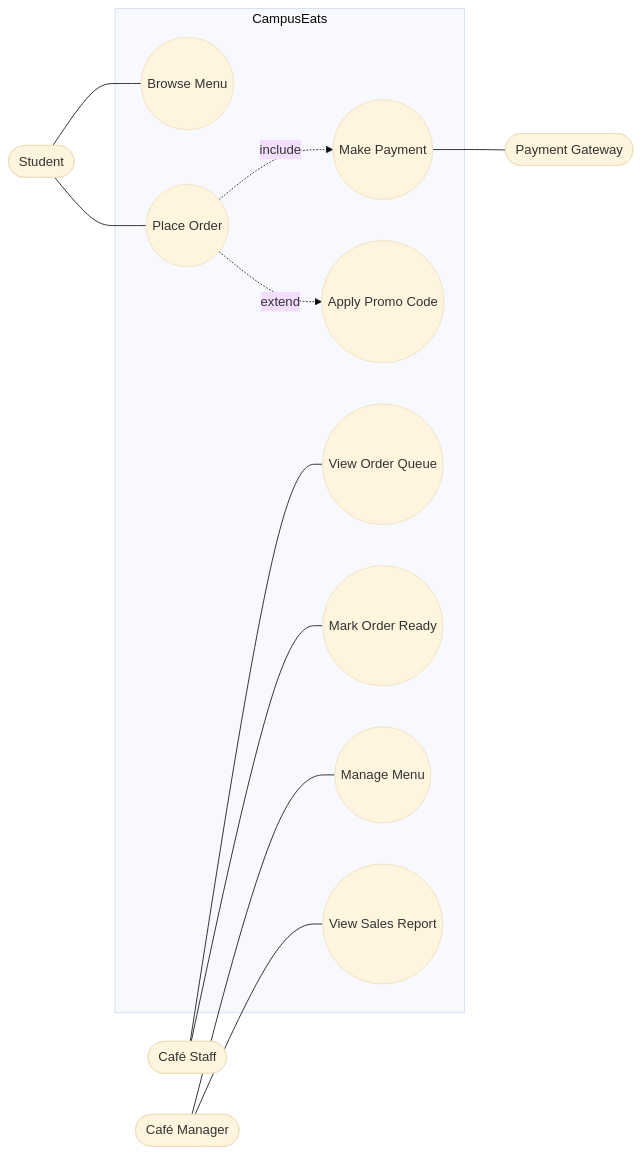
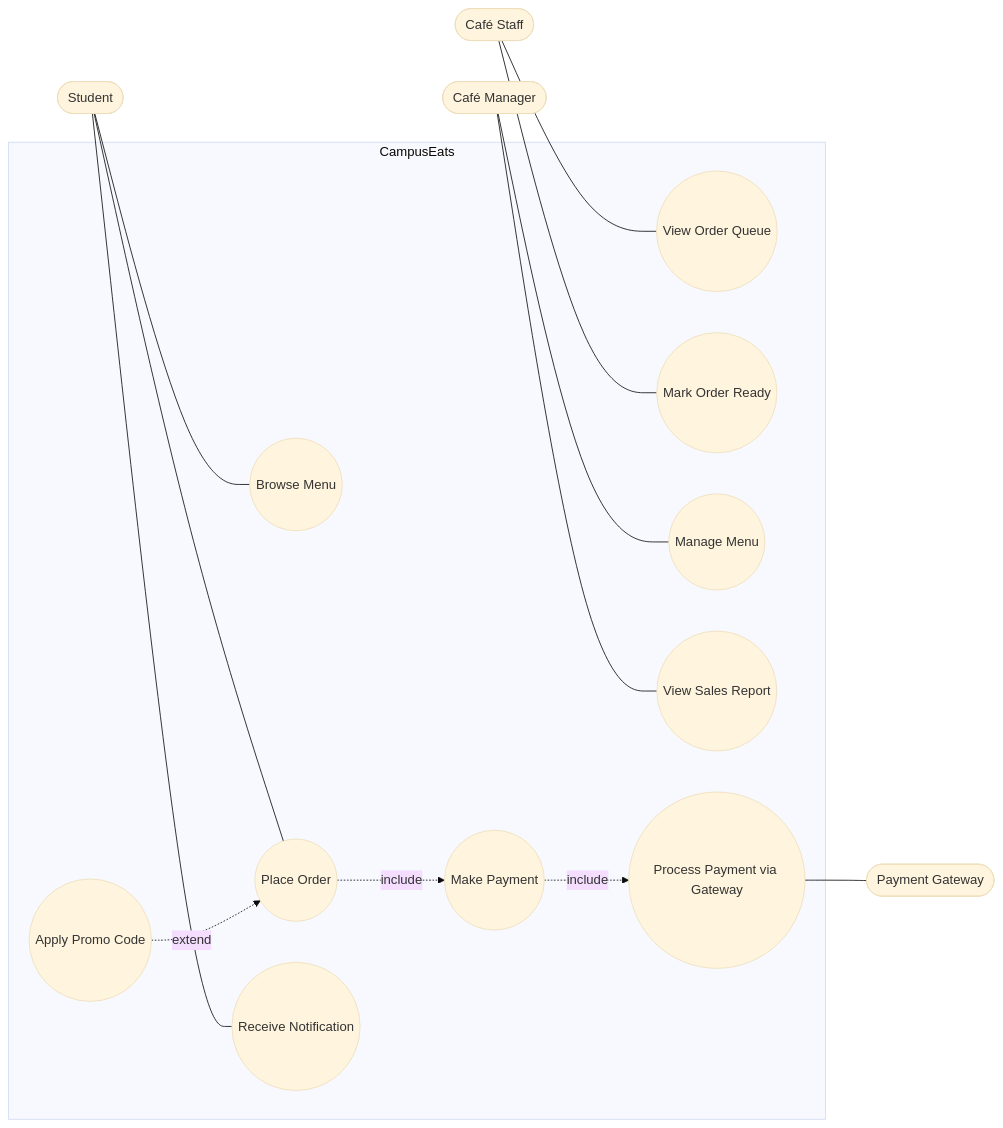
One commit to Beh69/Software-dev-lectures changed the first of 5 diagrams in EXAM-DIAGRAMS-AND-DESCRIPTIONS.md. Above: the diagram before and after it, drawn with Mermaid (base theme). The commit also changed other lines of this file and 3 other files, not shown here.

Commit message:
Correct exam guide diagrams, citations, and practice answers

````diff
--- a/EXAM-DIAGRAMS-AND-DESCRIPTIONS.md
+++ b/EXAM-DIAGRAMS-AND-DESCRIPTIONS.md
@@ -76,29 +77,33 @@
 ```mermaid
 flowchart LR
     student([Student])
     staff([Café Staff])
     manager([Café Manager])
     gateway([Payment Gateway])
 
     subgraph CampusEats
       UC1((Browse Menu))
       UC2((Place Order))
       UC3((Make Payment))
       UC4((Apply Promo Code))
       UC5((View Order Queue))
       UC6((Mark Order Ready))
       UC7((Manage Menu))
       UC8((View Sales Report))
+      UC9((Receive Notification))
+      UC10((Process Payment via Gateway))
     end
 
     student --- UC1
     student --- UC2
+    student --- UC9
     staff --- UC5
     staff --- UC6
     manager --- UC7
     manager --- UC8
-    UC3 --- gateway
+    UC10 --- gateway
 
     UC2 -. include .-> UC3
-    UC2 -. extend .-> UC4
+    UC3 -. include .-> UC10
+    UC4 -. extend .-> UC2
 ```
````
